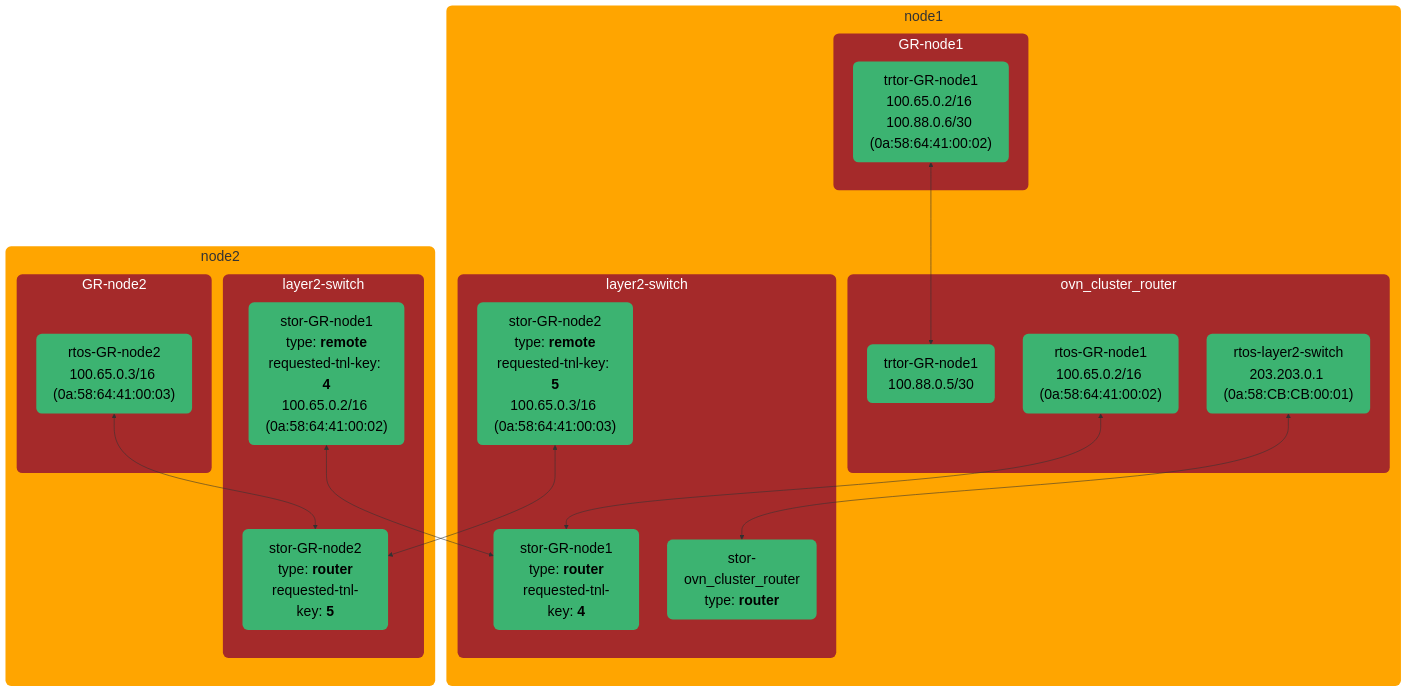
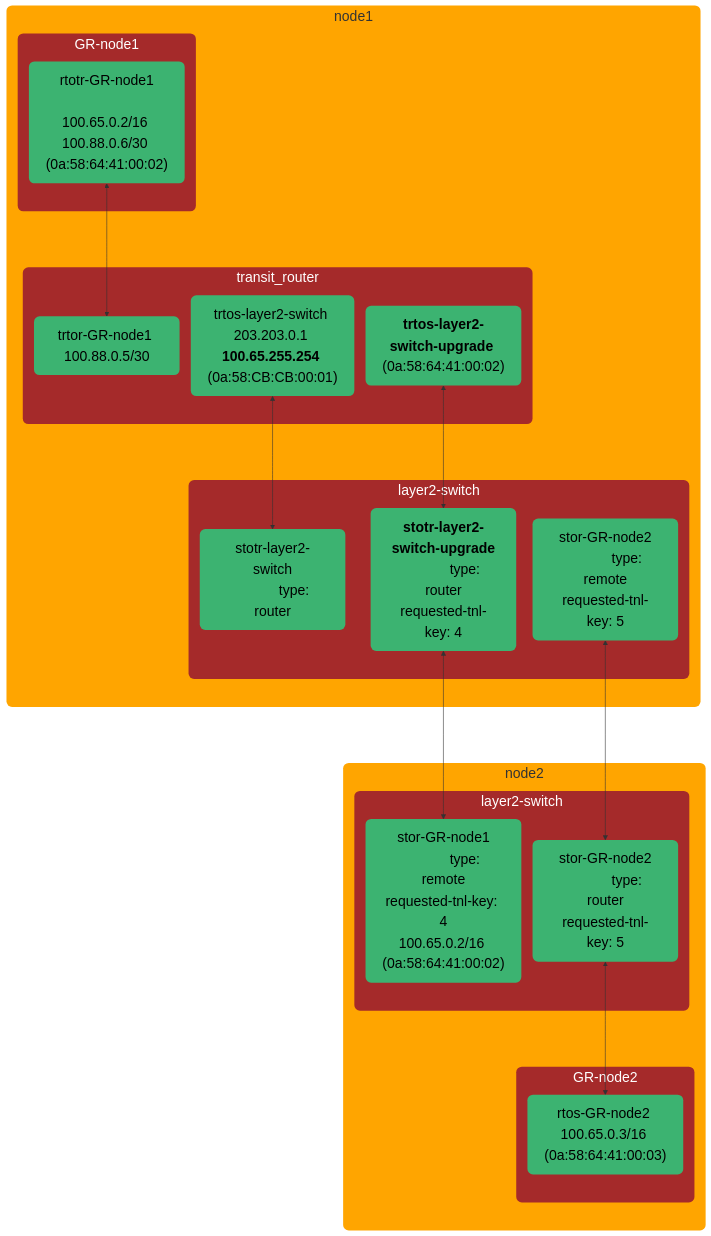
Before and after one commit to ovn-kubernetes/ovn-kubernetes: the eighth of 8 diagrams in docs/okeps/okep-5094-layer2-transit-router.md, drawn with Mermaid. The commit also changed other lines of this file, not shown here.

Commit message:
layer2 router topology: describe upgrade

````diff
--- a/docs/okeps/okep-5094-layer2-transit-router.md
+++ b/docs/okeps/okep-5094-layer2-transit-router.md
@@ -751,68 +765,69 @@
 ```mermaid
-%%{init: {"nodeSpacing": 50, "rankSpacing": 100}}%%
+%%{init: {"nodeSpacing": 20, "rankSpacing": 100}}%%
 flowchart TD
     classDef nodeStyle fill:orange,stroke:none,rx:10px,ry:10px,font-size:25px;
     classDef vmStyle fill:blue,stroke:none,color:white,rx:10px,ry:10px,font-size:25px;
     classDef portStyle fill:#3CB371,color:black,stroke:none,rx:10px,ry:10px,font-size:25px;
     classDef routerStyle fill:brown,color:white,stroke:none,rx:10px,ry:10px,font-size:25px;
     classDef switchStyle fill:brown,color:white,stroke:none,rx:10px,ry:10px,font-size:25px;
     classDef termStyle font-family:monospace,fill:black,stroke:none,color:white;
-
+    subgraph node2
+        subgraph GR-node2
+            rtos-GR-node2["rtos-GR-node2 100.65.0.3/16 (0a:58:64:41:00:03)"]
+        end
+        subgraph layer2-switch_node2["layer2-switch"]
+            stor-GR-node1["stor-GR-node1
+            type: remote<br>requested-tnl-key: 4<br>100.65.0.2/16 (0a:58:64:41:00:02)"]
+            stor-GR-node2["stor-GR-node2
+            type: router<br>requested-tnl-key: 5"]
+        end
+    end
     subgraph node1["node1"]
         subgraph GR-node1
-            rtotr-GR-node1["trtor-GR-node1<br>100.65.0.2/16 100.88.0.6/30 (0a:58:64:41:00:02)"]
-
+            rtotr-GR-node1["rtotr-GR-node1
+            100.65.0.2/16 100.88.0.6/30 (0a:58:64:41:00:02)"]
         end
-        subgraph ovn_cluster_router_node1["ovn_cluster_router"]
-            trtor-GR-node1_ovn["trtor-GR-node1<br>100.88.0.5/30"]
-            rtos-layer2-switch["rtos-layer2-switch<br>203.203.0.1 (0a:58:CB:CB:00:01)"]
-            rtos-GR-node1["rtos-GR-node1<br>100.65.0.2/16 (0a:58:64:41:00:02)"]
+        subgraph transit_router_node1["transit_router "]
+            trtor-GR-node1["trtor-GR-node1 100.88.0.5/30"]
+            rtos-layer2-switch["trtos-layer2-switch 203.203.0.1 <b>100.65.255.254</b> (0a:58:CB:CB:00:01)"]
+            trtos-layer2-switch-upgrade["<b>trtos-layer2-switch-upgrade</b> (0a:58:64:41:00:02)"]
         end
         subgraph layer2-switch_node1["layer2-switch"]
-            stor-GR-node1["stor-GR-node1<br>type: <b>router</b><br>requested-tnl-key: <b>4</b>"]
-            stor-ovn_cluster_router["stor-ovn_cluster_router<br>type: <b>router</b>"]
-            stor-GR-node1-node2["stor-GR-node2<br>type: <b>remote</b><br>requested-tnl-key: <b>5</b><br>100.65.0.3/16 (0a:58:64:41:00:03)"]
+            stotr-layer2-switch["stotr-layer2-switch
+            type: router"]
+            stotr-layer2-switch-upgrade["<b>stotr-layer2-switch-upgrade</b>
+            type: router<br>requested-tnl-key: 4"]
+            stor-GR-node1-node2["stor-GR-node2
+            type: remote<br>requested-tnl-key: 5"]
         end
     end
 
-    subgraph node2
-        subgraph GR-node2
-            rtos-GR-node2["rtos-GR-node2<br>100.65.0.3/16 (0a:58:64:41:00:03)"]
-        end
-        subgraph layer2-switch_node2["layer2-switch"]
-            stor-GR-node2["stor-GR-node2<br>type: <b>router</b><br>requested-tnl-key: <b>5</b>"]
-            stor-GR-node1-remote["stor-GR-node1<br>type: <b>remote</b><br>requested-tnl-key: <b>4</b><br>100.65.0.2/16 (0a:58:64:41:00:02)"]
-        end
-    end
 
-    %% Connections - Grouped by logical flow %%
-    rtotr-GR-node1 <--> trtor-GR-node1_ovn
-    rtos-GR-node1 <--> stor-GR-node1
 
-    rtos-layer2-switch <--> stor-ovn_cluster_router
-
+    rtotr-GR-node1 <--> trtor-GR-node1
+    rtos-layer2-switch <--> stotr-layer2-switch
+    stotr-layer2-switch-upgrade <--> stor-GR-node1
+    stor-GR-node2 <--> rtos-GR-node2
     stor-GR-node1-node2 <--> stor-GR-node2
-    rtos-GR-node2 <--> stor-GR-node2
-
-    stor-GR-node1-remote <--> stor-GR-node1
+    trtos-layer2-switch-upgrade <--> stotr-layer2-switch-upgrade
 
     class VM vmStyle;
-    class rtos-GR-node1 portStyle;
     class rtotr-GR-node1 portStyle;
     class rtos-GR-node2 portStyle;
     class stor-GR-node2 portStyle;
     class stor-GR-node1-node2 portStyle;
     class stor-GR-node1 portStyle;
-    class stor-GR-node1-remote portStyle;
-    class trtor-GR-node1_ovn portStyle;
+    class trtor-GR-node1 portStyle;
     class trtor-GR-node2 portStyle;
-    class stor-ovn_cluster_router portStyle;
+    class stotr-layer2-switch portStyle;
+    class stotr-layer2-switch-upgrade portStyle;
     class rtos-layer2-switch portStyle;
+    class trtos-layer2-switch-upgrade portStyle;
     class GR-node1 routerStyle;
     class GR-node2 routerStyle;
-    class ovn_cluster_router_node1 routerStyle;
+    class transit_router_node1 routerStyle;
     class layer2-switch_node1 switchStyle;
     class layer2-switch_node2 switchStyle;
     class term termStyle;
     class node1,node2 nodeStyle;
 ```
````
